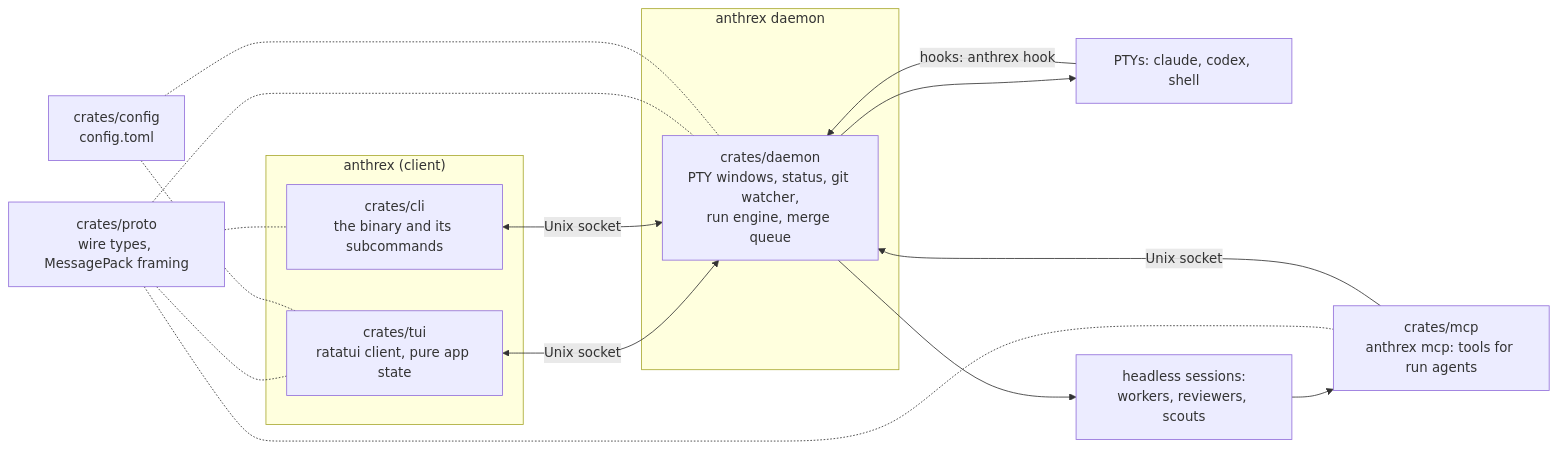
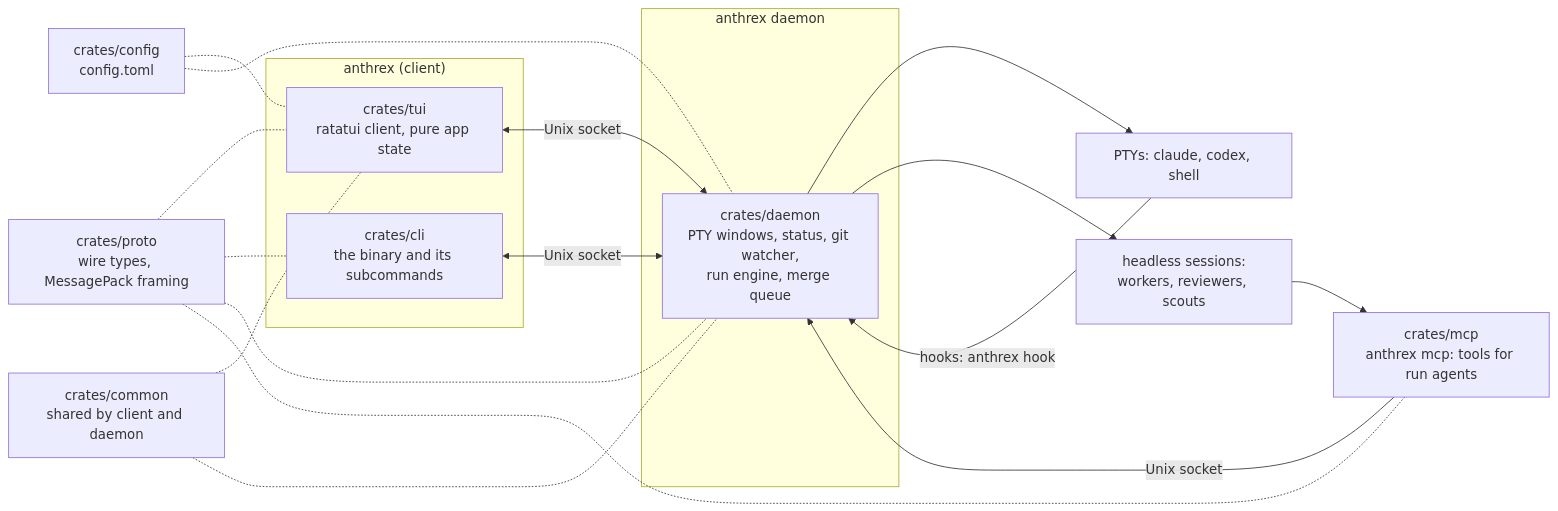
One commit to danielpina1/anthrex changed the second of 2 diagrams in README.md. Above: the diagram before and after it, drawn with Mermaid. The commit also changed other lines of this file and 3 other files, not shown here.

First line of the commit message:
docs: milestone 9.12 measurements, roadmap and followups

````diff
--- a/README.md
+++ b/README.md
@@ -349,22 +349,24 @@
 ```mermaid
 flowchart LR
   subgraph Client["anthrex (client)"]
     TUI["crates/tui<br/>ratatui client, pure app state"]
     CLI["crates/cli<br/>the binary and its subcommands"]
   end
   subgraph Daemon["anthrex daemon"]
     D["crates/daemon<br/>PTY windows, status, git watcher,<br/>run engine, merge queue"]
   end
   Proto["crates/proto<br/>wire types, MessagePack framing"]
   Config["crates/config<br/>config.toml"]
+  Common["crates/common<br/>shared by client and daemon"]
   MCP["crates/mcp<br/>anthrex mcp: tools for run agents"]
   TUI <-->|Unix socket| D
   CLI <-->|Unix socket| D
   D --> PTY["PTYs: claude, codex, shell"]
   D --> HL["headless sessions:<br/>workers, reviewers, scouts"]
   HL --> MCP
   PTY -->|hooks: anthrex hook| D
   MCP -->|Unix socket| D
   Proto -.- TUI & CLI & D & MCP
   Config -.- TUI & D
+  Common -.- TUI & D
 ```
````
